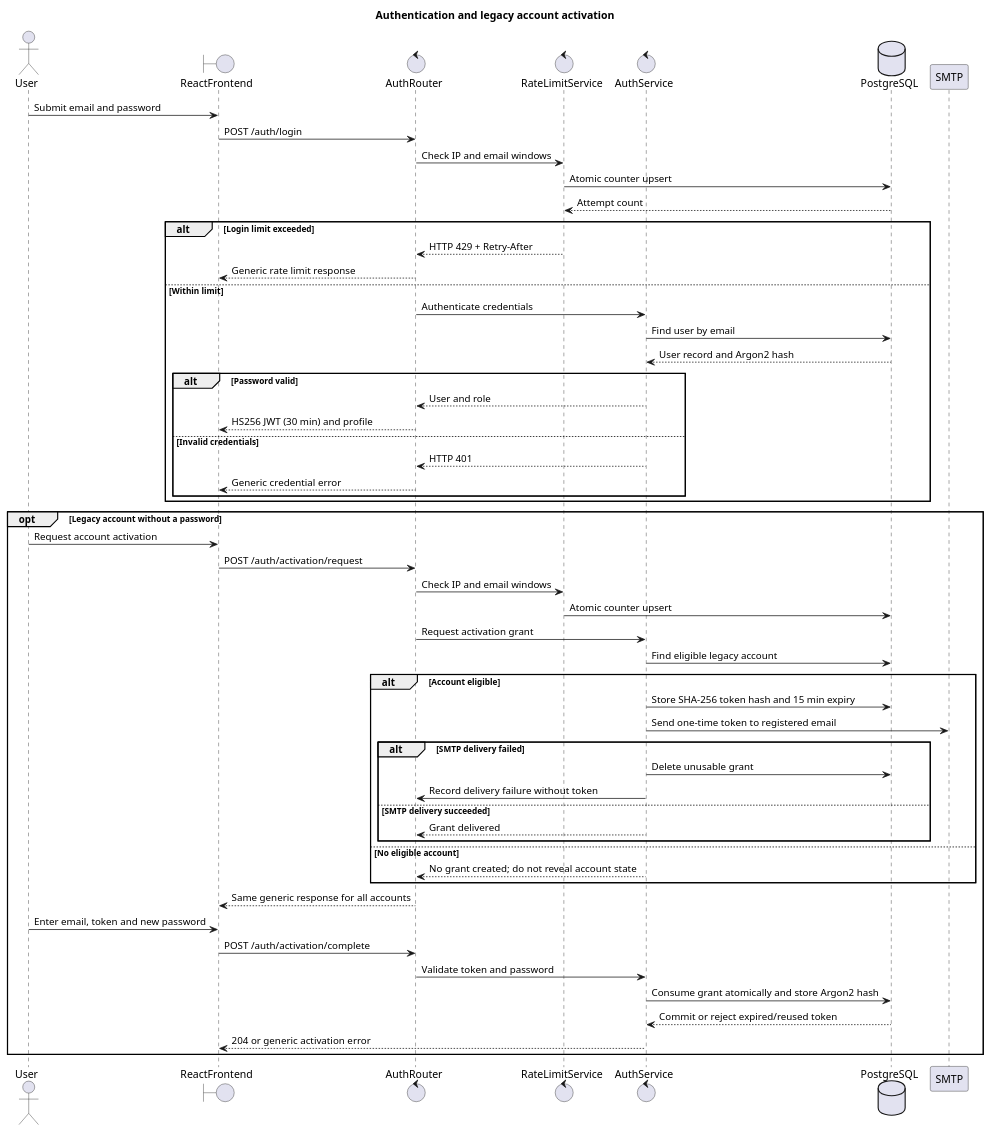
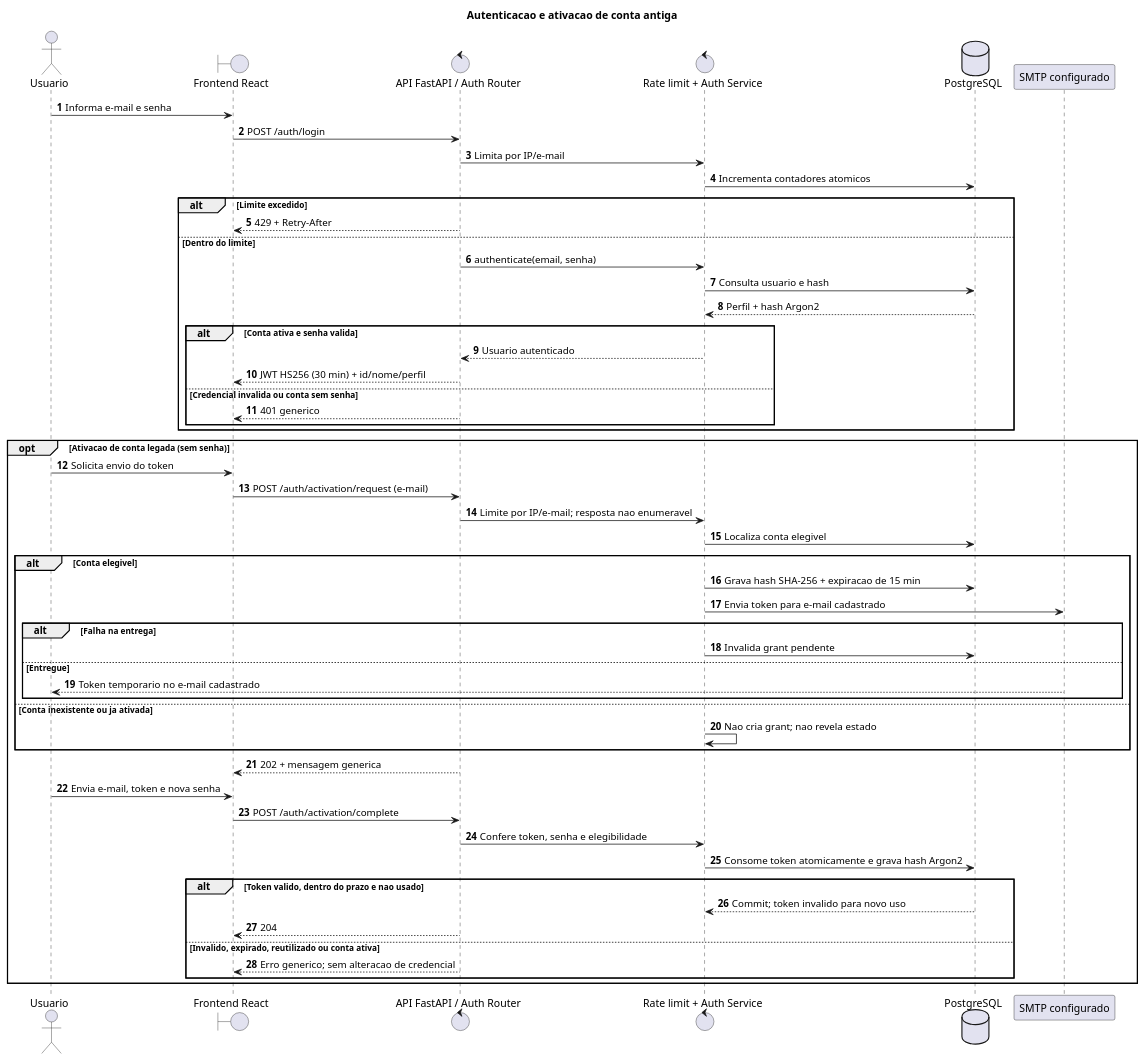
One commit to gusLeonardi/moeda-estudantil changed the diagram in docs/modelagem/lab04-seq-autenticacao.puml. Above: the diagram before and after it, drawn with PlantUML. The commit also changed 58 other files, not shown here.

Commit message:
feat: complete Lab04 authentication, authorization and UML diagrams

```diff
--- a/docs/modelagem/lab04-seq-autenticacao.puml
+++ b/docs/modelagem/lab04-seq-autenticacao.puml
@@ -1,59 +1,57 @@
 @startuml
-title Authentication and legacy account activation
-actor User
-boundary ReactFrontend
-control AuthRouter
-control RateLimitService
-control AuthService
-database PostgreSQL
-participant SMTP
+title Autenticacao e ativacao de conta antiga
+autonumber
+actor Usuario
+boundary "Frontend React" as UI
+control "API FastAPI / Auth Router" as API
+control "Rate limit + Auth Service" as Auth
+database PostgreSQL as DB
+participant "SMTP configurado" as SMTP
 
-User -> ReactFrontend: Submit email and password
-ReactFrontend -> AuthRouter: POST /auth/login
-AuthRouter -> RateLimitService: Check IP and email windows
-RateLimitService -> PostgreSQL: Atomic counter upsert
-PostgreSQL --> RateLimitService: Attempt count
-alt Login limit exceeded
-  RateLimitService --> AuthRouter: HTTP 429 + Retry-After
-  AuthRouter --> ReactFrontend: Generic rate limit response
-else Within limit
-  AuthRouter -> AuthService: Authenticate credentials
-  AuthService -> PostgreSQL: Find user by email
-  PostgreSQL --> AuthService: User record and Argon2 hash
-  alt Password valid
-    AuthService --> AuthRouter: User and role
-    AuthRouter --> ReactFrontend: HS256 JWT (30 min) and profile
-  else Invalid credentials
-    AuthService --> AuthRouter: HTTP 401
-    AuthRouter --> ReactFrontend: Generic credential error
+Usuario -> UI: Informa e-mail e senha
+UI -> API: POST /auth/login
+API -> Auth: Limita por IP/e-mail
+Auth -> DB: Incrementa contadores atomicos
+alt Limite excedido
+  API --> UI: 429 + Retry-After
+else Dentro do limite
+  API -> Auth: authenticate(email, senha)
+  Auth -> DB: Consulta usuario e hash
+  DB --> Auth: Perfil + hash Argon2
+  alt Conta ativa e senha valida
+    Auth --> API: Usuario autenticado
+    API --> UI: JWT HS256 (30 min) + id/nome/perfil
+  else Credencial invalida ou conta sem senha
+    API --> UI: 401 generico
   end
 end
 
-opt Legacy account without a password
-  User -> ReactFrontend: Request account activation
-  ReactFrontend -> AuthRouter: POST /auth/activation/request
-  AuthRouter -> RateLimitService: Check IP and email windows
-  RateLimitService -> PostgreSQL: Atomic counter upsert
-  AuthRouter -> AuthService: Request activation grant
-  AuthService -> PostgreSQL: Find eligible legacy account
-  alt Account eligible
-    AuthService -> PostgreSQL: Store SHA-256 token hash and 15 min expiry
-    AuthService -> SMTP: Send one-time token to registered email
-    alt SMTP delivery failed
-      AuthService -> PostgreSQL: Delete unusable grant
-      AuthService -> AuthRouter: Record delivery failure without token
-    else SMTP delivery succeeded
-      AuthService --> AuthRouter: Grant delivered
+opt Ativacao de conta legada (sem senha)
+  Usuario -> UI: Solicita envio do token
+  UI -> API: POST /auth/activation/request (e-mail)
+  API -> Auth: Limite por IP/e-mail; resposta nao enumeravel
+  Auth -> DB: Localiza conta elegivel
+  alt Conta elegivel
+    Auth -> DB: Grava hash SHA-256 + expiracao de 15 min
+    Auth -> SMTP: Envia token para e-mail cadastrado
+    alt Falha na entrega
+      Auth -> DB: Invalida grant pendente
+    else Entregue
+      SMTP --> Usuario: Token temporario no e-mail cadastrado
     end
-  else No eligible account
-    AuthService --> AuthRouter: No grant created; do not reveal account state
+  else Conta inexistente ou ja ativada
+    Auth -> Auth: Nao cria grant; nao revela estado
   end
-  AuthRouter --> ReactFrontend: Same generic response for all accounts
-  User -> ReactFrontend: Enter email, token and new password
-  ReactFrontend -> AuthRouter: POST /auth/activation/complete
-  AuthRouter -> AuthService: Validate token and password
-  AuthService -> PostgreSQL: Consume grant atomically and store Argon2 hash
-  PostgreSQL --> AuthService: Commit or reject expired/reused token
-  AuthService --> ReactFrontend: 204 or generic activation error
+  API --> UI: 202 + mensagem generica
+  Usuario -> UI: Envia e-mail, token e nova senha
+  UI -> API: POST /auth/activation/complete
+  API -> Auth: Confere token, senha e elegibilidade
+  Auth -> DB: Consome token atomicamente e grava hash Argon2
+  alt Token valido, dentro do prazo e nao usado
+    DB --> Auth: Commit; token invalido para novo uso
+    API --> UI: 204
+  else Invalido, expirado, reutilizado ou conta ativa
+    API --> UI: Erro generico; sem alteracao de credencial
+  end
 end
 @enduml
```
